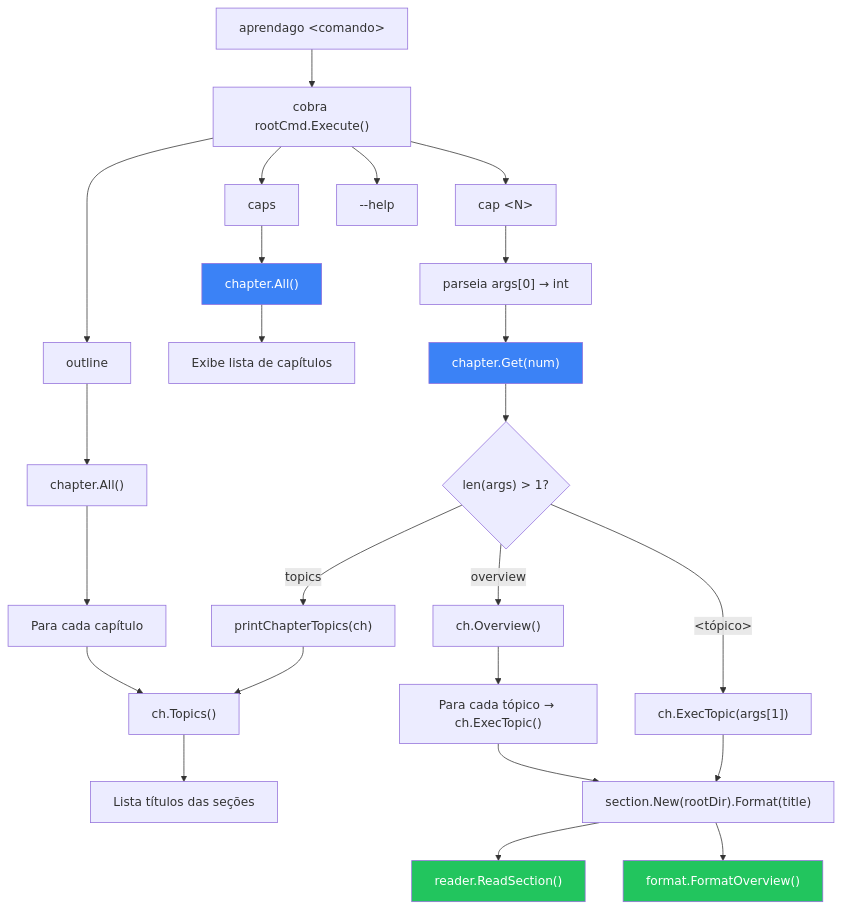
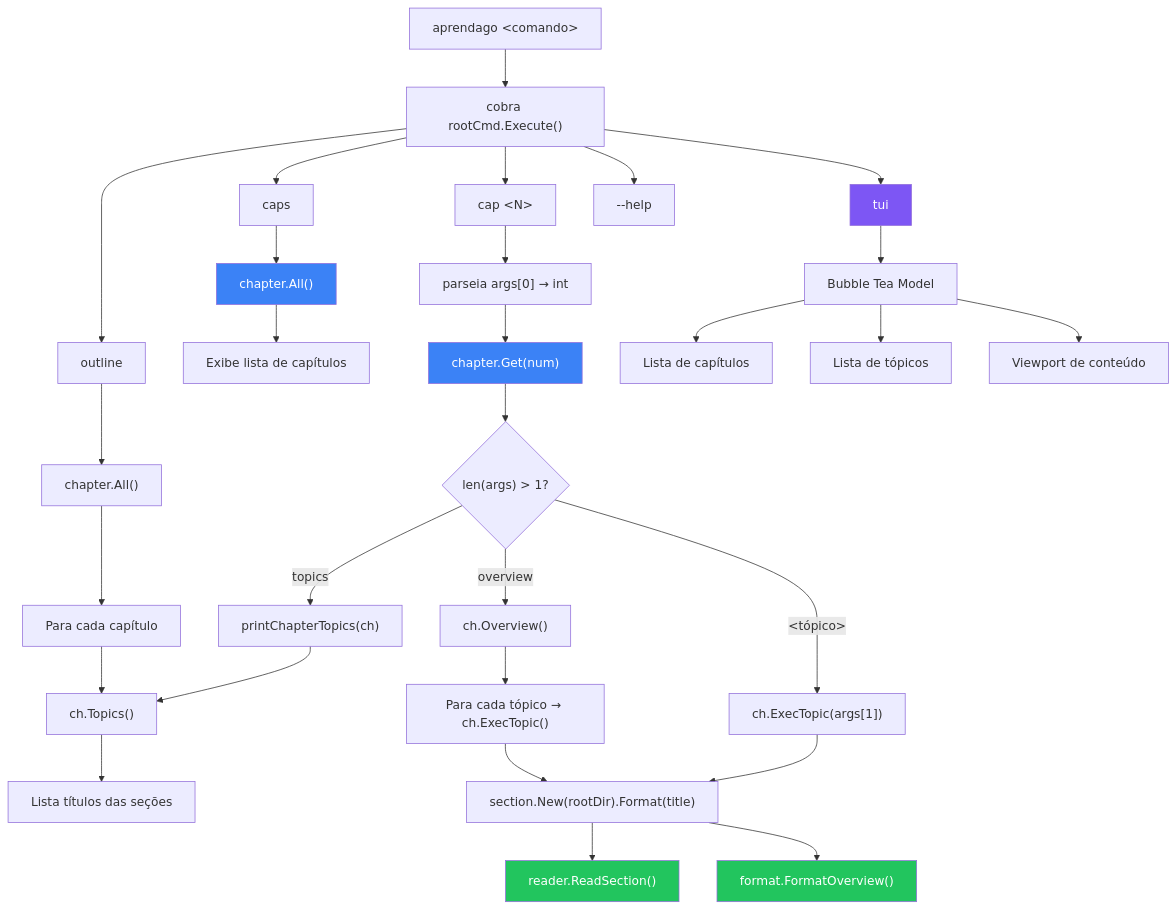
Before and after one commit to fabianoflorentino/aprendago: the first of 2 diagrams in README.md, drawn with Mermaid. The commit also changed other lines of this file and 1 other file, not shown here.

First line of the commit message:
docs: update README and Makefile with TUI command and architecture

````diff
--- a/README.md
+++ b/README.md
@@ -130,34 +152,41 @@
 ```mermaid
 flowchart TD
     CLI["aprendago &lt;comando&gt;"] --> Cobra["cobra rootCmd.Execute()"]
     Cobra --> Caps["caps"]
     Cobra --> Cap["cap &lt;N&gt;"]
     Cobra --> Outline["outline"]
+    Cobra --> TUI["tui"]
     Cobra --> Help["--help"]
 
     Caps --> CapsList["chapter.All()"]
     CapsList --> CapsPrint["Exibe lista de capítulos"]
 
     Cap --> CapParse["parseia args[0] → int"]
     CapParse --> CapGet["chapter.Get(num)"]
     CapGet --> CapArgs{"len(args) > 1?"}
     CapArgs -->|"topics"| CapTopics["printChapterTopics(ch)"]
     CapTopics --> TopicsRead["ch.Topics()"]
     TopicsRead --> TopicsRender["Lista títulos das seções"]
     CapArgs -->|"overview"| CapOverview["ch.Overview()"]
     CapOverview --> OverviewLoop["Para cada tópico → ch.ExecTopic()"]
     CapArgs -->|"&lt;tópico&gt;"| CapTopic["ch.ExecTopic(args[1])"]
     CapTopic --> SectionFmt["section.New(rootDir).Format(title)"]
     SectionFmt --> SectionRead["reader.ReadSection()"]
     SectionFmt --> OverviewFmt["format.FormatOverview()"]
     OverviewLoop --> SectionFmt
 
     Outline --> OutlineAll["chapter.All()"]
     OutlineAll --> OutlineEach["Para cada capítulo"]
     OutlineEach --> TopicsRead
 
+    TUI --> TUIModel["Bubble Tea Model"]
+    TUIModel --> TUIChapters["Lista de capítulos"]
+    TUIModel --> TUITopics["Lista de tópicos"]
+    TUIModel --> TUIContent["Viewport de conteúdo"]
+
     style CapsList fill:#3b82f6,color:#fff
     style CapGet fill:#3b82f6,color:#fff
     style SectionRead fill:#22c55e,color:#fff
     style OverviewFmt fill:#22c55e,color:#fff
+    style TUI fill:#7D56F4,color:#fff
 ```
````
